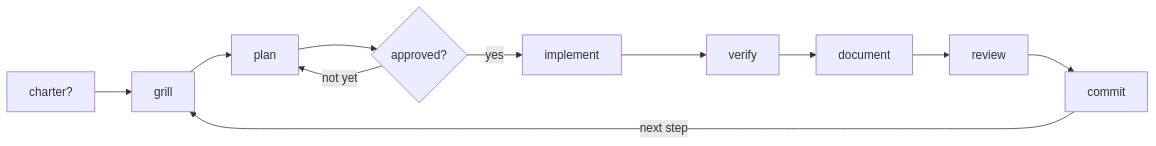
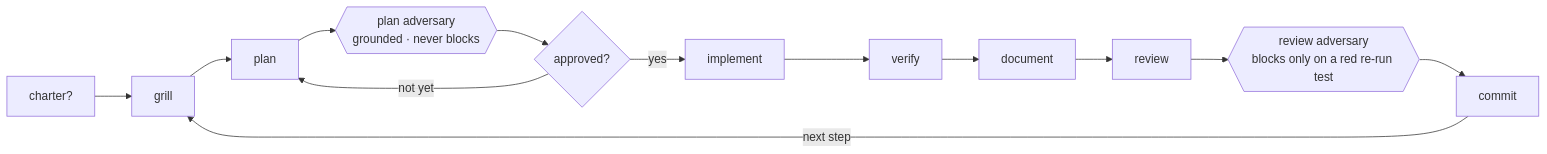
The second of 2 diagrams in README.md (jakubsuplicki/codument), drawn with Mermaid before and after one commit. The commit also changed other lines of this file, not shown here.

First line of the commit message:
docs(readme): document the two adversarial gates, ack, and per-symbol drift

````diff
--- a/README.md
+++ b/README.md
@@ -122,7 +128,7 @@
 ```mermaid
 flowchart LR
-  CH[charter?] --> G[grill] --> P[plan] --> A{approved?}
-  A -->|yes| I[implement] --> V[verify] --> D[document] --> R[review] --> C[commit]
+  CH[charter?] --> G[grill] --> P[plan] --> PADV{{"plan adversary<br/>grounded · never blocks"}} --> A{approved?}
+  A -->|yes| I[implement] --> V[verify] --> D[document] --> R[review] --> RADV{{"review adversary<br/>blocks only on a red re-run test"}} --> C[commit]
   C -->|next step| G
   A -->|not yet| P
 ```
````
